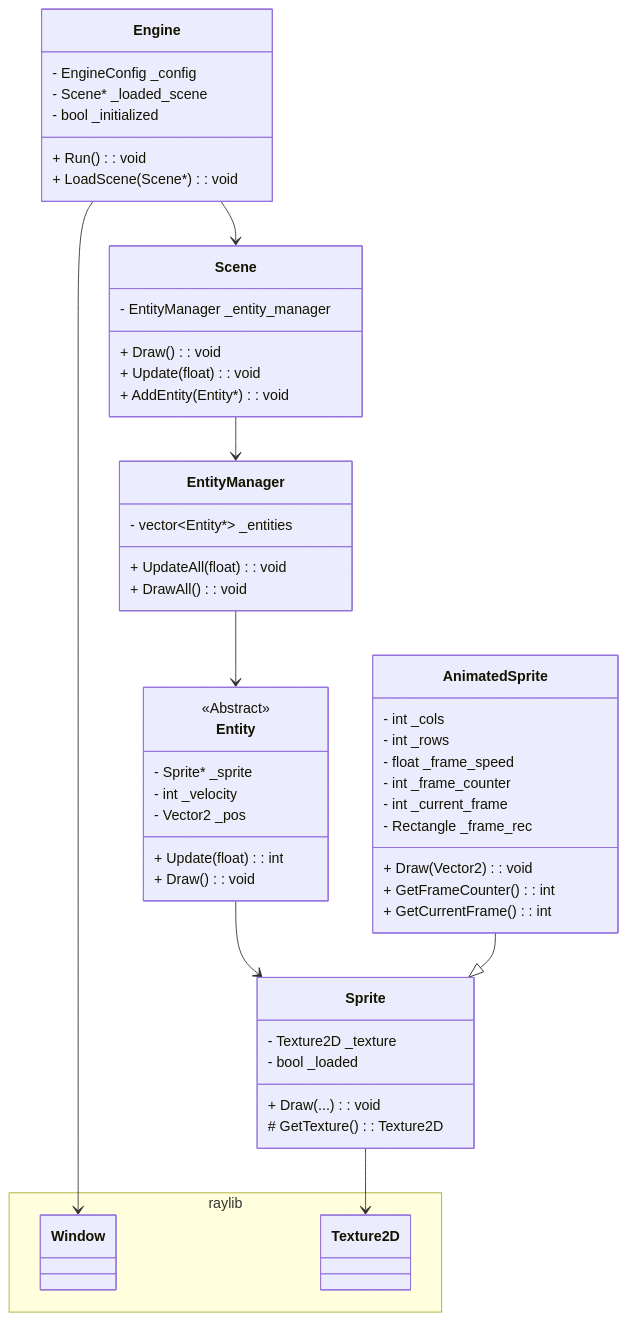
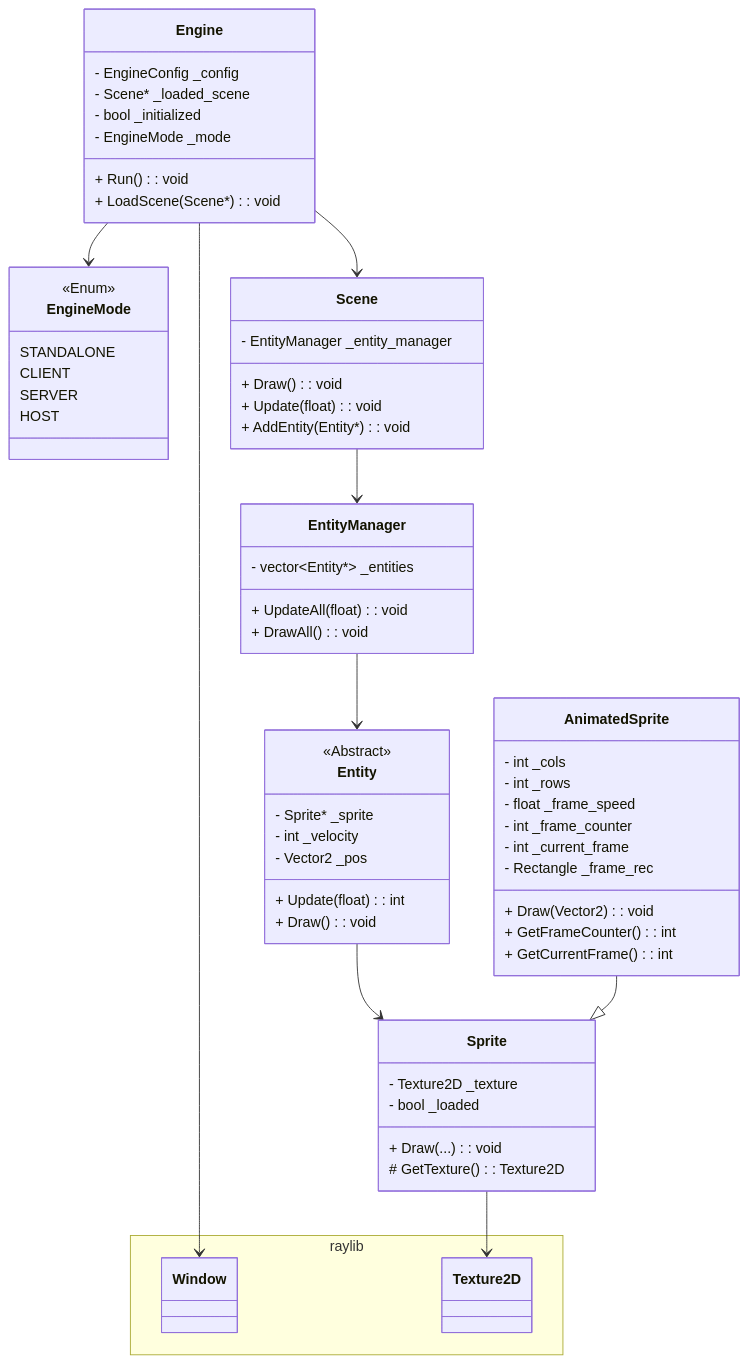
The diagram in docs/shabby_class_diagram.md (viastolfi/shabby), drawn with Mermaid before and after one commit. The commit also changed 27 other files, not shown here.

````diff
--- a/docs/shabby_class_diagram.md
+++ b/docs/shabby_class_diagram.md
@@ -1,67 +1,78 @@
 ```mermaid
 classDiagram
 
 namespace raylib {
   class Window 
   class Texture2D
 }
 
+class EngineMode {
+    STANDALONE
+    CLIENT
+    SERVER
+    HOST
+}
+
+<<Enum>> EngineMode
+
 class Engine {
   + Run(): void
   + LoadScene(Scene*): void
   - EngineConfig _config
   - Scene* _loaded_scene
   - bool _initialized
+  - EngineMode _mode
 }
 
 class Scene {
   + Draw(): void
   + Update(float): void
   + AddEntity(Entity*): void
   - EntityManager _entity_manager
 }
 
 class EntityManager {
   + UpdateAll(float): void
   + DrawAll(): void
   - vector&lt;Entity*&gt; _entities
 }
 
 class Entity {
   + Update(float): int
   + Draw(): void
   - Sprite* _sprite
   - int _velocity
   - Vector2 _pos
 }
 
 class Sprite {
   + Draw(...): void
   # GetTexture(): Texture2D
   - Texture2D _texture
   - bool _loaded
 }
 
 class AnimatedSprite {
   + Draw(Vector2): void
   + GetFrameCounter(): int
   + GetCurrentFrame(): int
   - int _cols
   - int _rows
   - float _frame_speed
   - int _frame_counter
   - int _current_frame
   - Rectangle _frame_rec
 }
 
 <<Abstract>> Entity
 
 Engine --> Scene
 Scene --> EntityManager
 EntityManager --> Entity
 Entity --> Sprite
 AnimatedSprite --|> Sprite
 
 Engine --> Window
+Engine --> EngineMode
 Sprite --> Texture2D
 ```
````
